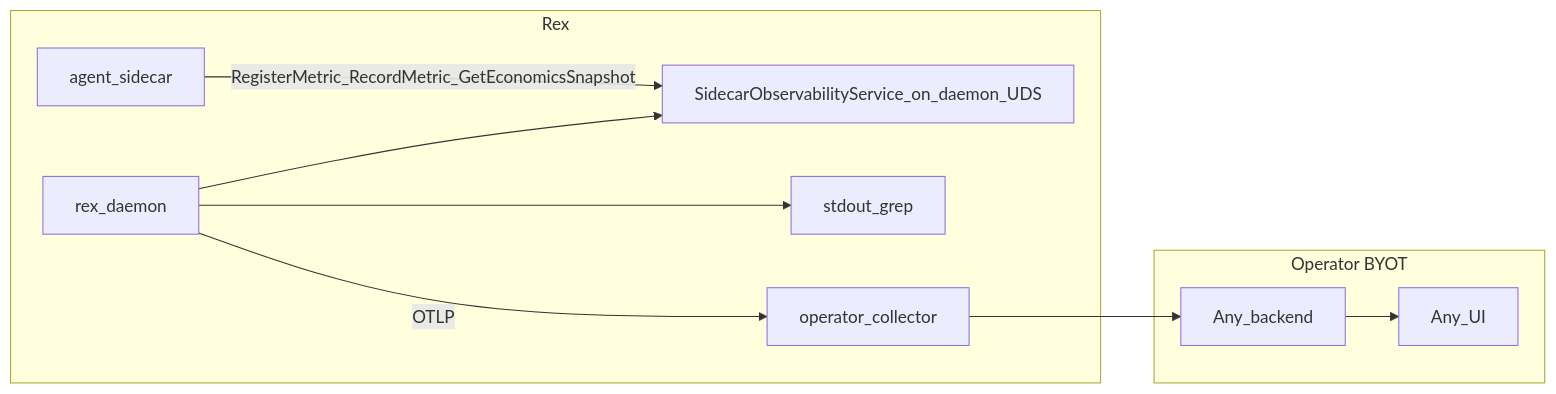
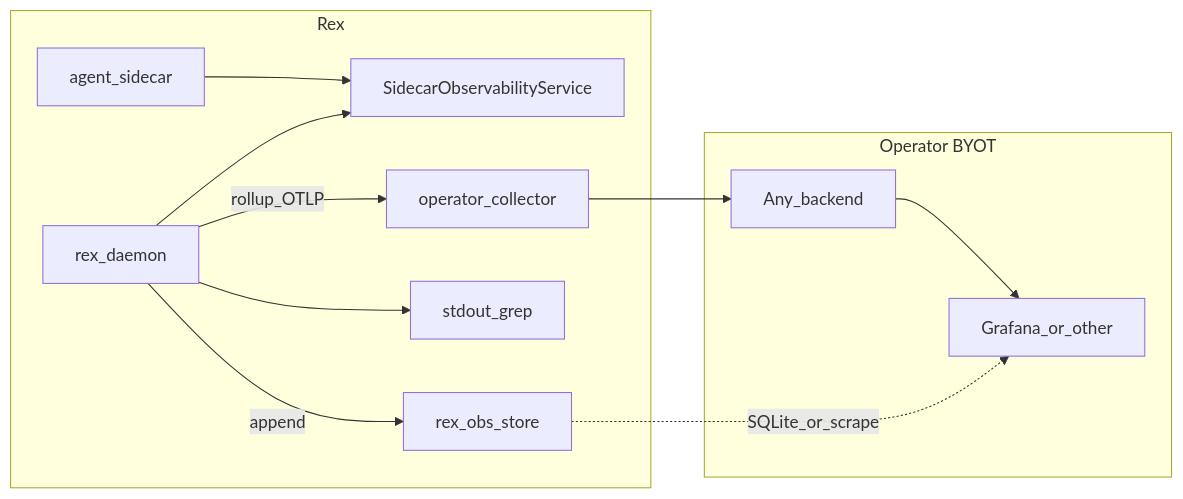
One commit to thsfranca/rex changed the first of 2 diagrams in docs/OBSERVABILITY_AND_ECONOMICS.md. Above: the diagram before and after it, drawn with Mermaid. The commit also changed other lines of this file and 12 other files, not shown here.

````diff
--- a/docs/OBSERVABILITY_AND_ECONOMICS.md
+++ b/docs/OBSERVABILITY_AND_ECONOMICS.md
@@ -49,17 +54,20 @@
 ```mermaid
 flowchart LR
   subgraph rex [Rex]
     daemon[rex_daemon]
     sidecar[agent_sidecar]
-    api[SidecarObservabilityService_on_daemon_UDS]
+    api[SidecarObservabilityService]
+    store[rex_obs_store]
     stdout[stdout_grep]
-    sidecar -->|RegisterMetric_RecordMetric_GetEconomicsSnapshot| api
+    sidecar --> api
     daemon --> api
-    daemon -->|OTLP| otlpOut[operator_collector]
+    daemon -->|append| store
+    daemon -->|rollup_OTLP| otlpOut[operator_collector]
     daemon --> stdout
   end
   subgraph byot [Operator BYOT]
     otlpOut --> backend[Any_backend]
-    backend --> ui[Any_UI]
+    backend --> ui[Grafana_or_other]
+    store -.->|SQLite_or_scrape| ui
   end
 ```
````
